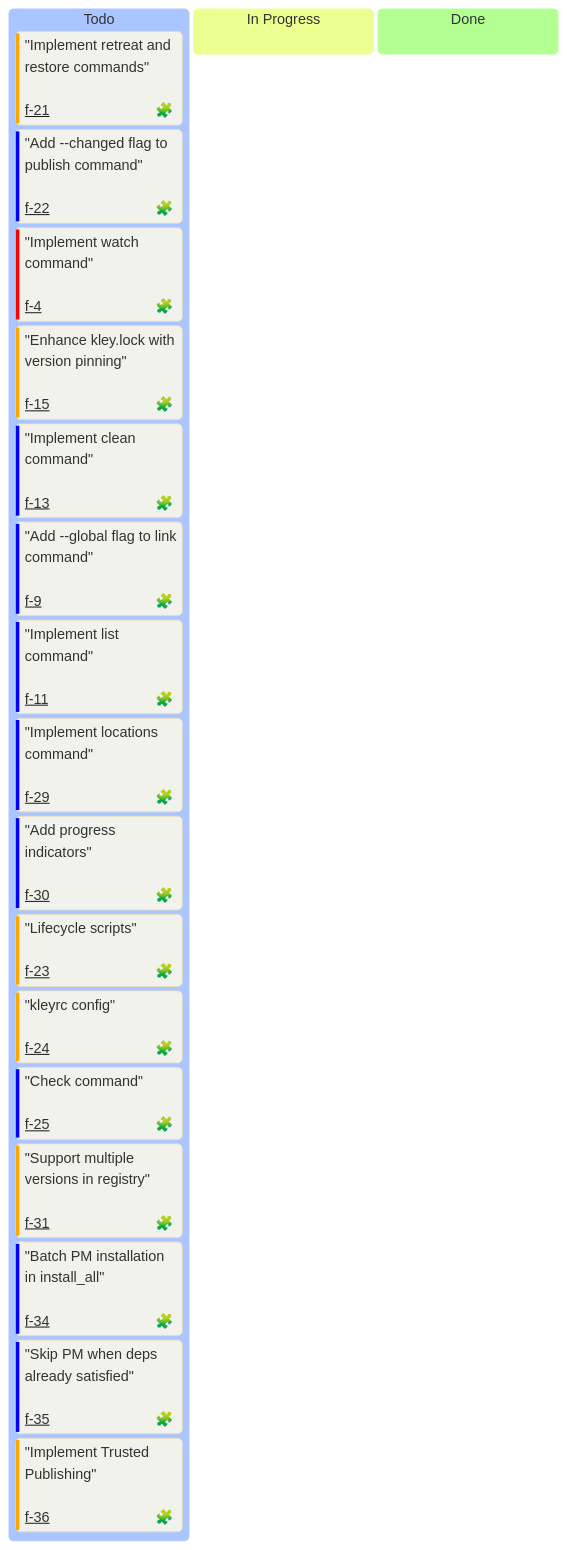
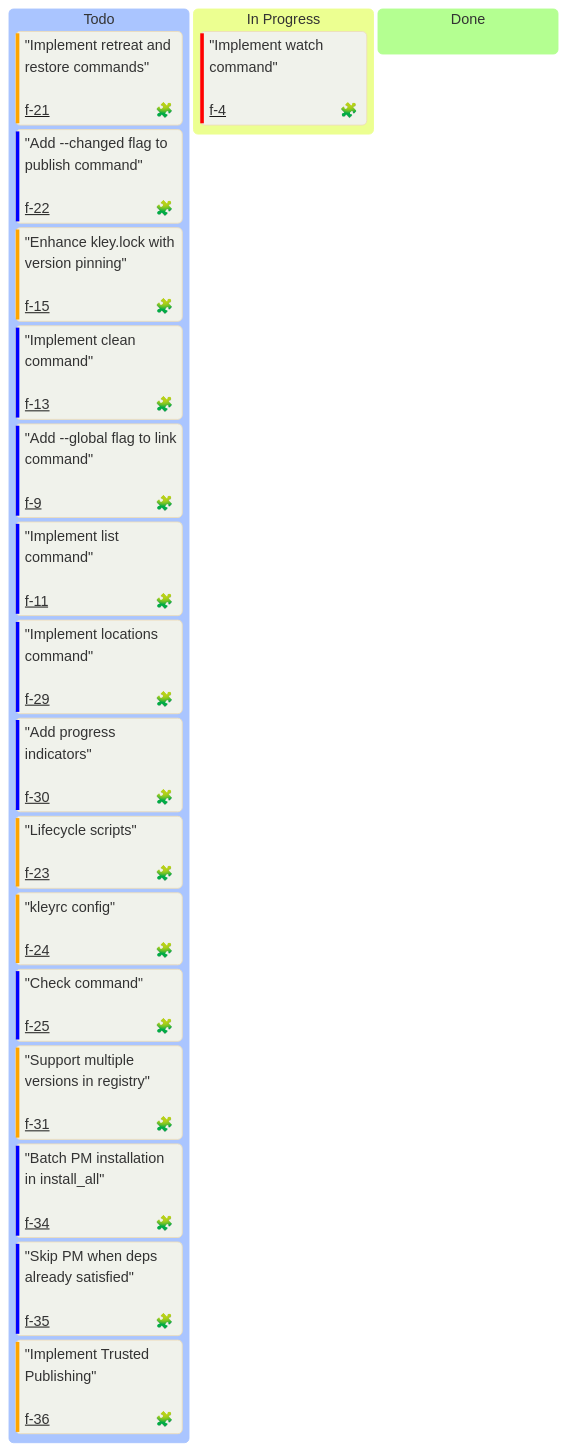
One commit to sumbad/kley changed the diagram in docs/milestones/M2-extended.md. Above: the diagram before and after it, drawn with Mermaid. The commit also changed other lines of this file and 5 other files, not shown here.

Commit message:
feat: create watch command

````diff
--- a/docs/milestones/M2-extended.md
+++ b/docs/milestones/M2-extended.md
@@ -17,43 +17,43 @@
 ```mermaid
 ---
 config:
   kanban:
     ticketBaseUrl: 'https://github.com/sumbad/kley/tree/master/docs/tickets/#TICKET#.md'
     
     ### Legend
     # assigned - 🧩 = feat | 🐞 = bug
     # priority - `Very High` = Critical | `High` = High | `Low` = Medium | `Very Low` = Low
     # ticket - used for a ticket file name (tickets/#TICKET#.md)
 ---
 %%{init: {
   'theme': 'base',
   'themeVariables': {
     'darkMode': false,
     'background': '#F0F2EB'
   }
 }}%%
 
 kanban
     Todo
         "Implement retreat and restore commands"<br/><br/>@{ assigned: 🧩, priority: 'High', ticket: 'f-21' }
         "Add --changed flag to publish command"<br/><br/>@{ assigned: 🧩, priority: 'Low', ticket: 'f-22' }
-        "Implement watch command"<br/><br/>@{ assigned: 🧩, priority: 'Very High', ticket: 'f-4' }
         "Enhance kley.lock with version pinning"<br/><br/>@{ assigned: 🧩, priority: 'High', ticket: 'f-15' }
         "Implement clean command"<br/><br/>@{ assigned: 🧩, priority: 'Low', ticket: 'f-13' }
         "Add --global flag to link command"<br/><br/>@{ assigned: 🧩, priority: 'Low', ticket: 'f-9' }
         "Implement list command"<br/><br/>@{ assigned: 🧩, priority: 'Low', ticket: 'f-11' }
         "Implement locations command"<br/><br/>@{ assigned: 🧩, priority: 'Low', ticket: 'f-29' }
         "Add progress indicators"<br/><br/>@{ assigned: 🧩, priority: 'Low', ticket: 'f-30' }
         "Lifecycle scripts"<br/><br/>@{ assigned: 🧩, priority: 'High', ticket: 'f-23' }
         "kleyrc config"<br/><br/>@{ assigned: 🧩, priority: 'High', ticket: 'f-24' }
         "Check command"<br/><br/>@{ assigned: 🧩, priority: 'Low', ticket: 'f-25' }
         "Support multiple versions in registry"<br/><br/>@{ assigned: 🧩, priority: 'High', ticket: 'f-31' }
         "Batch PM installation in install_all"<br/><br/>@{ assigned: 🧩, priority: 'Low', ticket: 'f-34' }
         "Skip PM when deps already satisfied"<br/><br/>@{ assigned: 🧩, priority: 'Low', ticket: 'f-35' }
         "Implement Trusted Publishing"<br/><br/>@{ assigned: 🧩, priority: 'High', ticket: 'f-36' }
 
     In Progress
+        "Implement watch command"<br/><br/>@{ assigned: 🧩, priority: 'Very High', ticket: 'f-4' }
 
     Done
 
 ```
````
